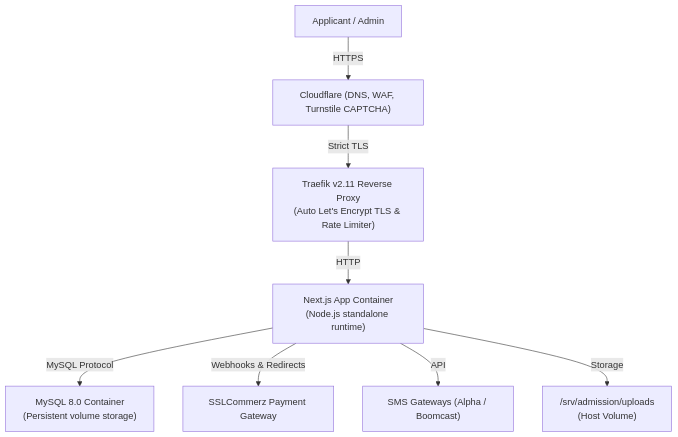
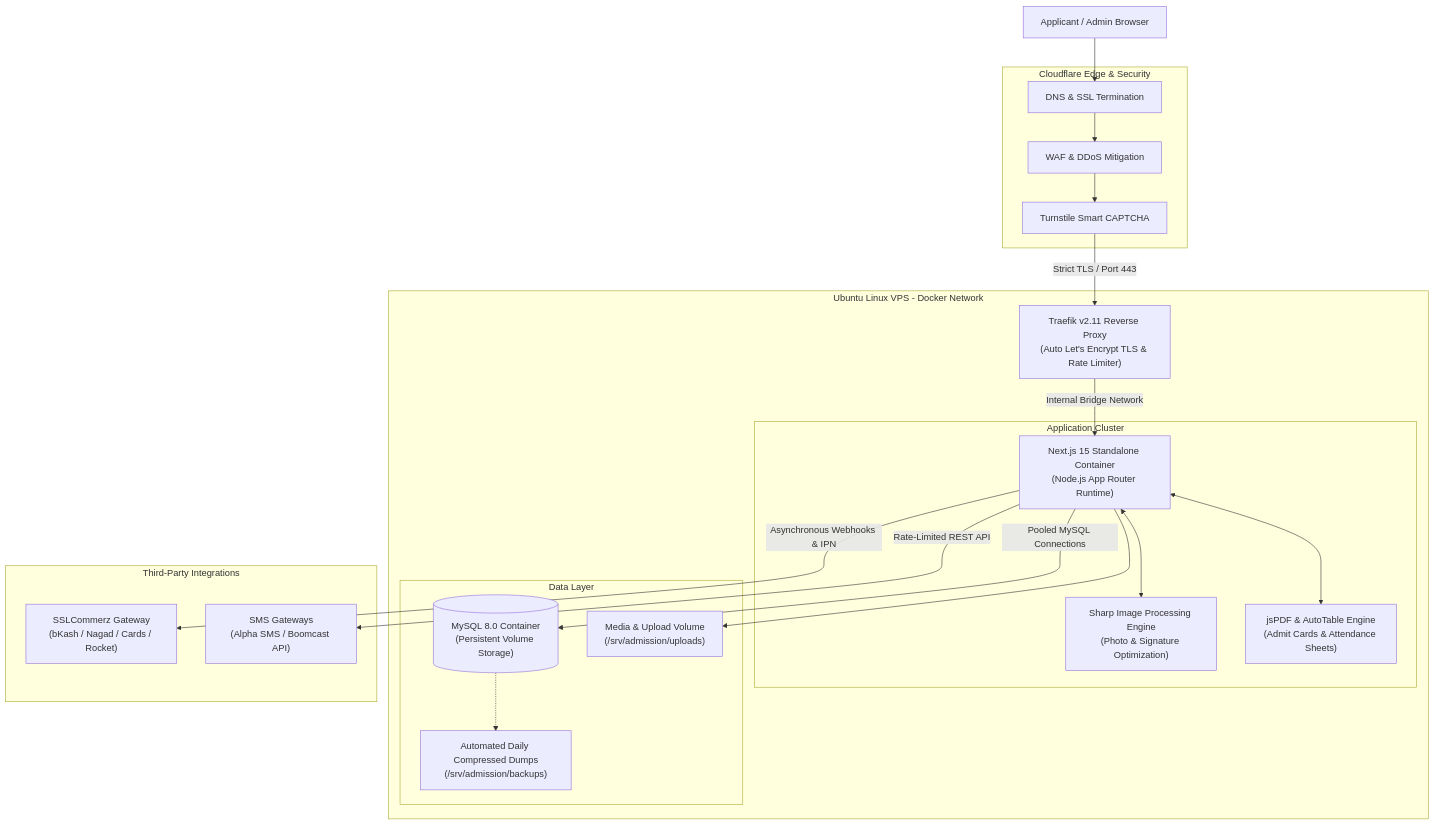
Before and after one commit to cslomarfaruk/sec-admission: the first of 3 diagrams in README.md, drawn with Mermaid. The commit also changed other lines of this file, not shown here.

Commit message:
docs: enrich showcase with system architecture, deep engineering solutions, and metrics

````diff
--- a/README.md
+++ b/README.md
@@ -28,11 +42,42 @@
 ```mermaid
 flowchart TD
-    User["Applicant / Admin"] -->|HTTPS| CF["Cloudflare (DNS, WAF, Turnstile CAPTCHA)"]
-    CF -->|Strict TLS| Traefik["Traefik v2.11 Reverse Proxy\n(Auto Let's Encrypt TLS & Rate Limiter)"]
-    Traefik -->|HTTP| App["Next.js App Container\n(Node.js standalone runtime)"]
-    App -->|MySQL Protocol| DB["MySQL 8.0 Container\n(Persistent volume storage)"]
+    subgraph Edge Layer [Cloudflare Edge & Security]
+        DNS[DNS & SSL Termination]
+        WAF[WAF & DDoS Mitigation]
+        Turnstile[Turnstile Smart CAPTCHA]
+    end
 
-    App -->|Webhooks & Redirects| Pay["SSLCommerz Payment Gateway"]
-    App -->|API| SMS["SMS Gateways (Alpha / Boomcast)"]
-    App -->|Storage| Storage["/srv/admission/uploads\n(Host Volume)"]
+    subgraph Host Server [Ubuntu Linux VPS - Docker Network]
+        Traefik["Traefik v2.11 Reverse Proxy<br/>(Auto Let's Encrypt TLS & Rate Limiter)"]
+        
+        subgraph Application Cluster
+            App["Next.js 15 Standalone Container<br/>(Node.js App Router Runtime)"]
+            Sharp["Sharp Image Processing Engine<br/>(Photo & Signature Optimization)"]
+            PDFGen["jsPDF & AutoTable Engine<br/>(Admit Cards & Attendance Sheets)"]
+        end
+
+        subgraph Data Layer
+            DB[("MySQL 8.0 Container<br/>(Persistent Volume Storage)")]
+            Backups["Automated Daily Compressed Dumps<br/>(/srv/admission/backups)"]
+            Storage["Media & Upload Volume<br/>(/srv/admission/uploads)"]
+        end
+    end
+
+    subgraph External Services [Third-Party Integrations]
+        Gateway["SSLCommerz Gateway<br/>(bKash / Nagad / Cards / Rocket)"]
+        SMS["SMS Gateways<br/>(Alpha SMS / Boomcast API)"]
+    end
+
+    Browser[Applicant / Admin Browser] --> DNS
+    DNS --> WAF
+    WAF --> Turnstile
+    Turnstile -->|Strict TLS / Port 443| Traefik
+    Traefik -->|Internal Bridge Network| App
+    App <--> Sharp
+    App <--> PDFGen
+    App -->|Pooled MySQL Connections| DB
+    App -->|Asynchronous Webhooks & IPN| Gateway
+    App -->|Rate-Limited REST API| SMS
+    DB -.-> Backups
+    App --> Storage
 ```
````
